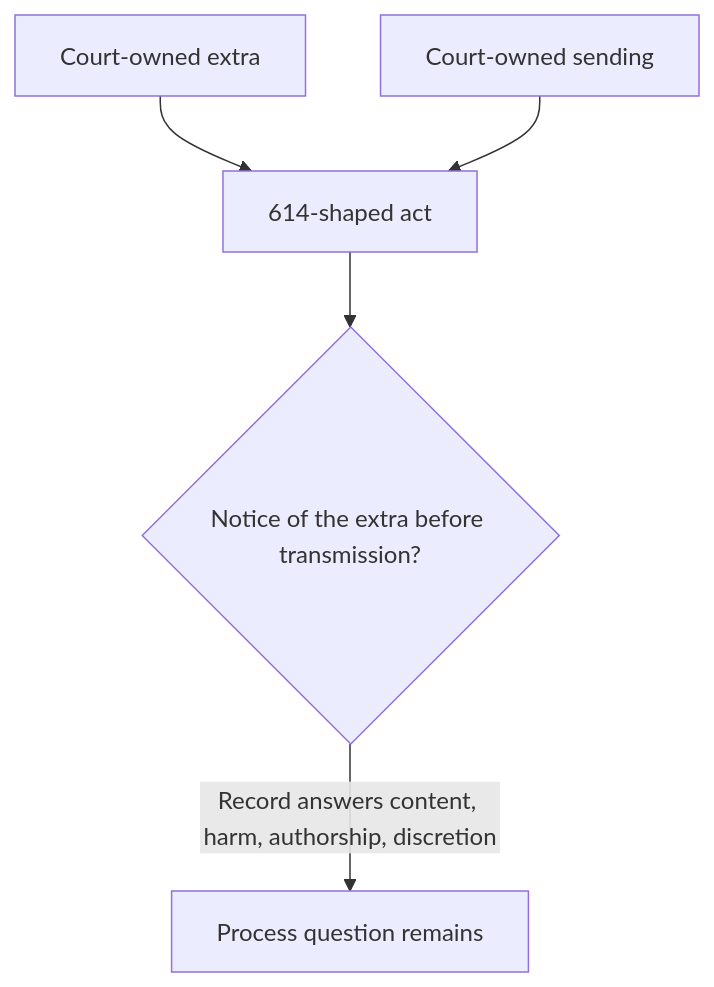
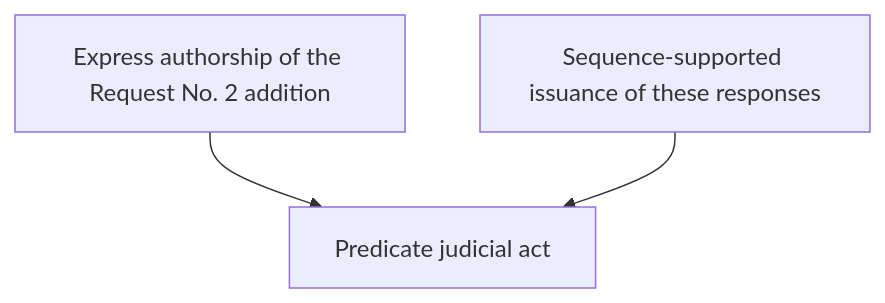
The sixth of 10 diagrams in QUESTION.md (SFCALEGAL/CSAA-ABDELHALIM-WONG-PSA-CSK), drawn with Mermaid before and after one commit. The commit also changed other lines of this file, not shown here.

First line of the commit message:
Refine QUESTION.md to clarify judicial authorship and transmission of jury communications

````diff
--- a/QUESTION.md
+++ b/QUESTION.md
@@ -383,7 +357,5 @@
 ```mermaid
 flowchart TD
-  A[Court-owned extra] --> C[614-shaped act]
-  B[Court-owned sending] --> C
-  C --> D{Notice of the extra before transmission?}
-  D -->|Record answers content, harm, authorship, discretion| E[Process question remains]
+  A[Express authorship of the Request No. 2 addition] --> C[Predicate judicial act]
+  B[Sequence-supported issuance of these responses] --> C
 ```
````
